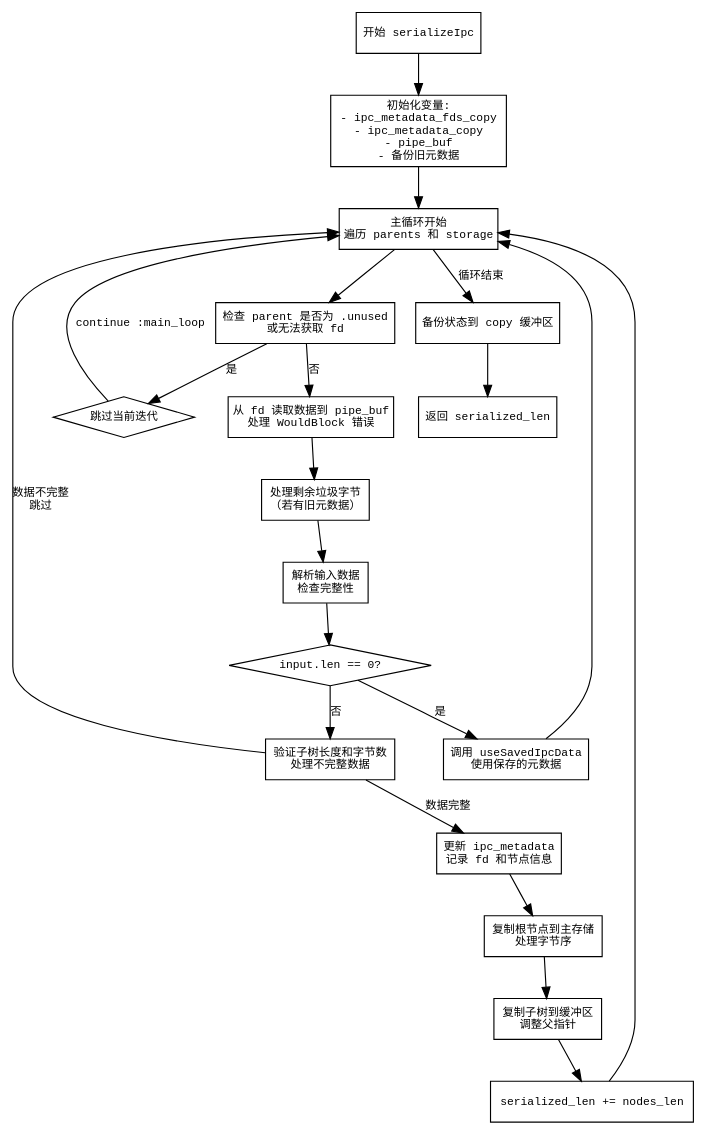
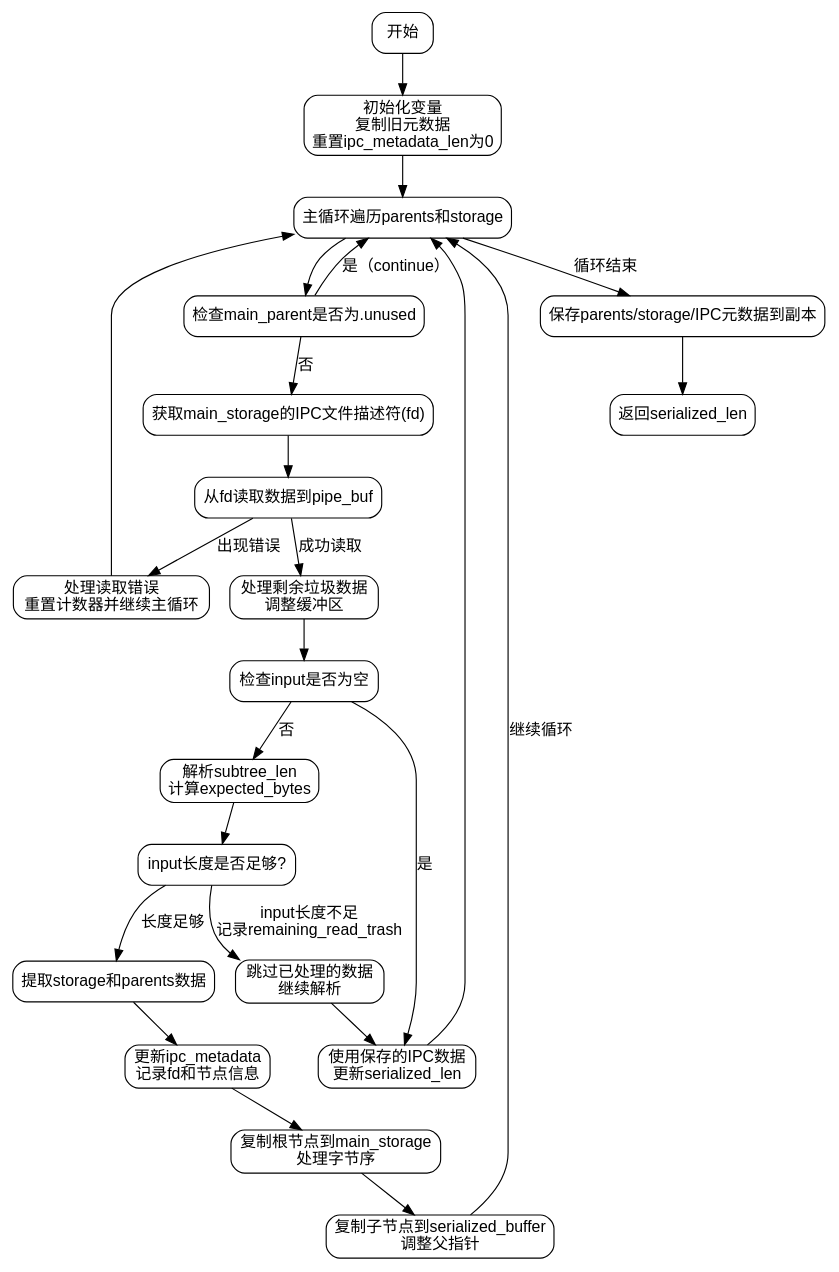
The diagram in dot_std/Progress.zig.serializeIpc.md (sdzx-1/deepseek-zig-reader), drawn with Graphviz before and after one commit. The commit also changed other lines of this file and 236 other files, not shown here.

````diff
--- a/dot_std/Progress.zig.serializeIpc.md
+++ b/dot_std/Progress.zig.serializeIpc.md
@@ -42,52 +35,50 @@
-```dot
-digraph serializeIpc {
-    node [shape=rectangle, fontname="Courier", fontsize=10];
-    edge [fontname="Courier", fontsize=10];
+```graphviz
+digraph flowchart {
+    node [shape=rectangle, style="rounded", fontname="Arial"];
+    edge [fontname="Arial"];
 
-    start [label="开始 serializeIpc"];
-    init_vars [label="初始化变量:\n- ipc_metadata_fds_copy\n- ipc_metadata_copy\n- pipe_buf\n- 备份旧元数据"];
-    main_loop_start [label="主循环开始\n遍历 parents 和 storage"];
-    check_parent [label="检查 parent 是否为 .unused\n或无法获取 fd"];
-    skip [label="跳过当前迭代", shape=diamond];
-    read_pipe [label="从 fd 读取数据到 pipe_buf\n处理 WouldBlock 错误"];
-    handle_trash_bytes [label="处理剩余垃圾字节\n（若有旧元数据）"];
-    parse_input [label="解析输入数据\n检查完整性"];
-    input_empty [label="input.len == 0?", shape=diamond];
-    use_saved_data [label="调用 useSavedIpcData\n使用保存的元数据"];
-    validate_subtree [label="验证子树长度和字节数\n处理不完整数据"];
-    update_metadata [label="更新 ipc_metadata\n记录 fd 和节点信息"];
-    copy_root [label="复制根节点到主存储\n处理字节序"];
-    copy_subtree [label="复制子树到缓冲区\n调整父指针"];
-    loop_end [label="serialized_len += nodes_len"];
-    backup_state [label="备份状态到 copy 缓冲区"];
-    return [label="返回 serialized_len"];
+    start [label="开始"];
+    init [label="初始化变量\n复制旧元数据\n重置ipc_metadata_len为0"];
+    main_loop [label="主循环遍历parents和storage"];
+    check_parent [label="检查main_parent是否为.unused"];
+    get_fd [label="获取main_storage的IPC文件描述符(fd)"];
+    read_data [label="从fd读取数据到pipe_buf"];
+    handle_error [label="处理读取错误\n重置计数器并继续主循环"];
+    process_trash [label="处理剩余垃圾数据\n调整缓冲区"];
+    check_input_empty [label="检查input是否为空"];
+    use_saved_data [label="使用保存的IPC数据\n更新serialized_len"];
+    parse_subtree [label="解析subtree_len\n计算expected_bytes"];
+    check_bytes [label="input长度是否足够?"];
+    adjust_input [label="跳过已处理的数据\n继续解析"];
+    extract_data [label="提取storage和parents数据"];
+    update_metadata [label="更新ipc_metadata\n记录fd和节点信息"];
+    copy_root [label="复制根节点到main_storage\n处理字节序"];
+    copy_nodes [label="复制子节点到serialized_buffer\n调整父指针"];
+    save_copy [label="保存parents/storage/IPC元数据到副本"];
+    end [label="返回serialized_len"];
 
-    start -> init_vars;
-    init_vars -> main_loop_start;
-
-    main_loop_start -> check_parent;
-    check_parent -> skip [label="是"];
-    check_parent -> read_pipe [label="否"];
-    skip -> main_loop_start [label="continue :main_loop"];
-
-    read_pipe -> handle_trash_bytes;
-    handle_trash_bytes -> parse_input;
-    parse_input -> input_empty;
-
-    input_empty -> use_saved_data [label="是"];
-    input_empty -> validate_subtree [label="否"];
-
-    use_saved_data -> main_loop_start;
-
-    validate_subtree -> update_metadata [label="数据完整"];
-    validate_subtree -> main_loop_start [label="数据不完整\n跳过"];
-
+    start -> init;
+    init -> main_loop;
+    main_loop -> check_parent;
+    check_parent -> get_fd [label="否"];
+    check_parent -> main_loop [label="是（continue）"];
+    get_fd -> read_data;
+    read_data -> handle_error [label="出现错误"];
+    read_data -> process_trash [label="成功读取"];
+    process_trash -> check_input_empty;
+    check_input_empty -> use_saved_data [label="是"];
+    check_input_empty -> parse_subtree [label="否"];
+    parse_subtree -> check_bytes;
+    check_bytes -> adjust_input [label="input长度不足\n记录remaining_read_trash"];
+    check_bytes -> extract_data [label="长度足够"];
+    adjust_input -> use_saved_data;
+    extract_data -> update_metadata;
     update_metadata -> copy_root;
-    copy_root -> copy_subtree;
-    copy_subtree -> loop_end;
-    loop_end -> main_loop_start;
-
-    main_loop_start -> backup_state [label="循环结束"];
-    backup_state -> return;
+    copy_root -> copy_nodes;
+    copy_nodes -> main_loop [label="继续循环"];
+    main_loop -> save_copy [label="循环结束"];
+    save_copy -> end;
+    handle_error -> main_loop;
+    use_saved_data -> main_loop;
 }
 ```
````
